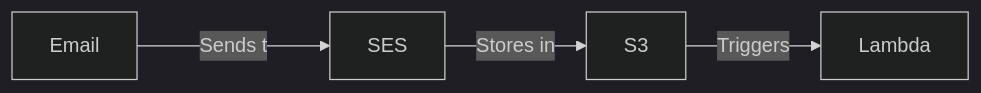
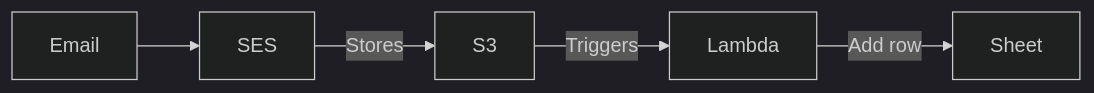
One commit to sawyerh/expense-email-gpt changed the diagram in README.md. Above: the diagram before and after it, drawn with Mermaid (dark theme). The commit also changed other lines of this file and 1 other file, not shown here.

````diff
--- a/README.md
+++ b/README.md
@@ -9,6 +7,7 @@
 ```mermaid
 graph LR
-  A[Email] --Sends to--> B[SES]
-  B --Stores in--> C[S3]
+  A[Email] --> B[SES]
+  B --Stores--> C[S3]
   C --Triggers--> D[Lambda]
+  D --Add row--> E[Sheet]
 ```
````
